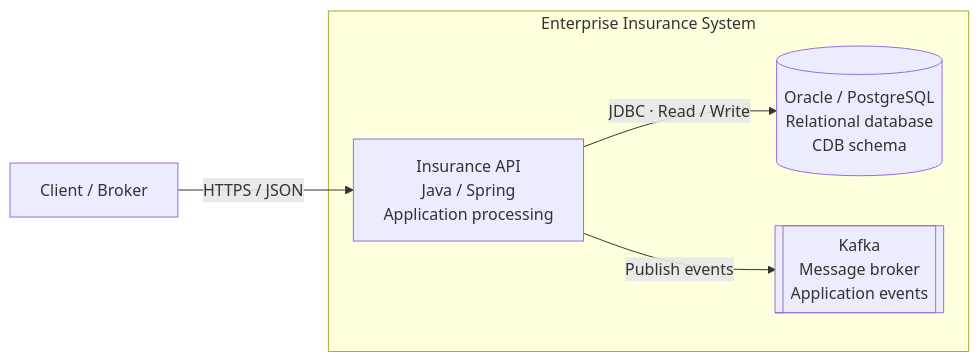
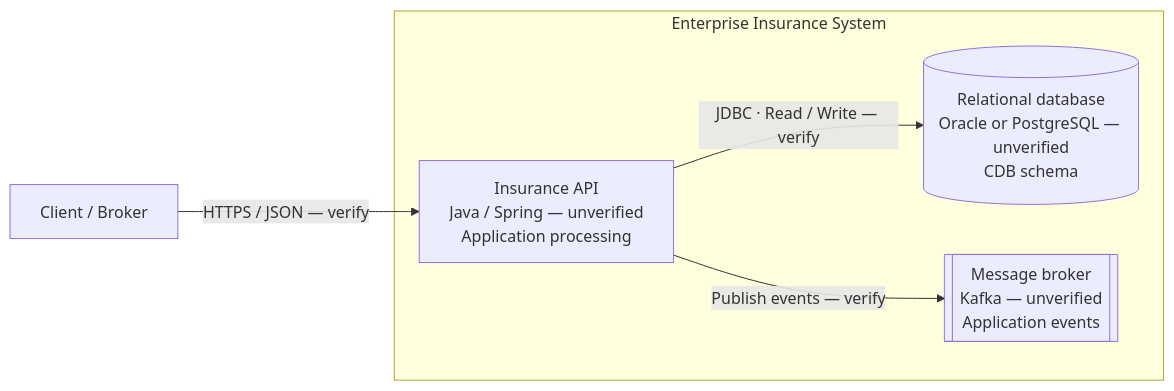
Before and after one commit to ekatmoz88-alt/technical-writing-portfolio: the first of 2 diagrams in case-studies/enterprise-insurance-system/README.md, drawn with Mermaid. The commit also changed other lines of this file, not shown here.

Commit message:
Clarify evidence status in Enterprise Insurance architecture case study

````diff
--- a/case-studies/enterprise-insurance-system/README.md
+++ b/case-studies/enterprise-insurance-system/README.md
@@ -16,13 +16,13 @@
 ```mermaid
 flowchart LR
     client["Client / Broker"]
     subgraph system["Enterprise Insurance System"]
-        api["Insurance API<br/>Java / Spring<br/>Application processing"]
-        db[("Oracle / PostgreSQL<br/>Relational database<br/>CDB schema")]
-        kafka[["Kafka<br/>Message broker<br/>Application events"]]
+        api["Insurance API<br/>Java / Spring — unverified<br/>Application processing"]
+        db[("Relational database<br/>Oracle or PostgreSQL — unverified<br/>CDB schema")]
+        kafka[["Message broker<br/>Kafka — unverified<br/>Application events"]]
     end
 
-    client -->|"HTTPS / JSON"| api
-    api -->|"JDBC · Read / Write"| db
-    api -->|"Publish events"| kafka
+    client -->|"HTTPS / JSON — verify"| api
+    api -->|"JDBC · Read / Write — verify"| db
+    api -->|"Publish events — verify"| kafka
 ```
````
